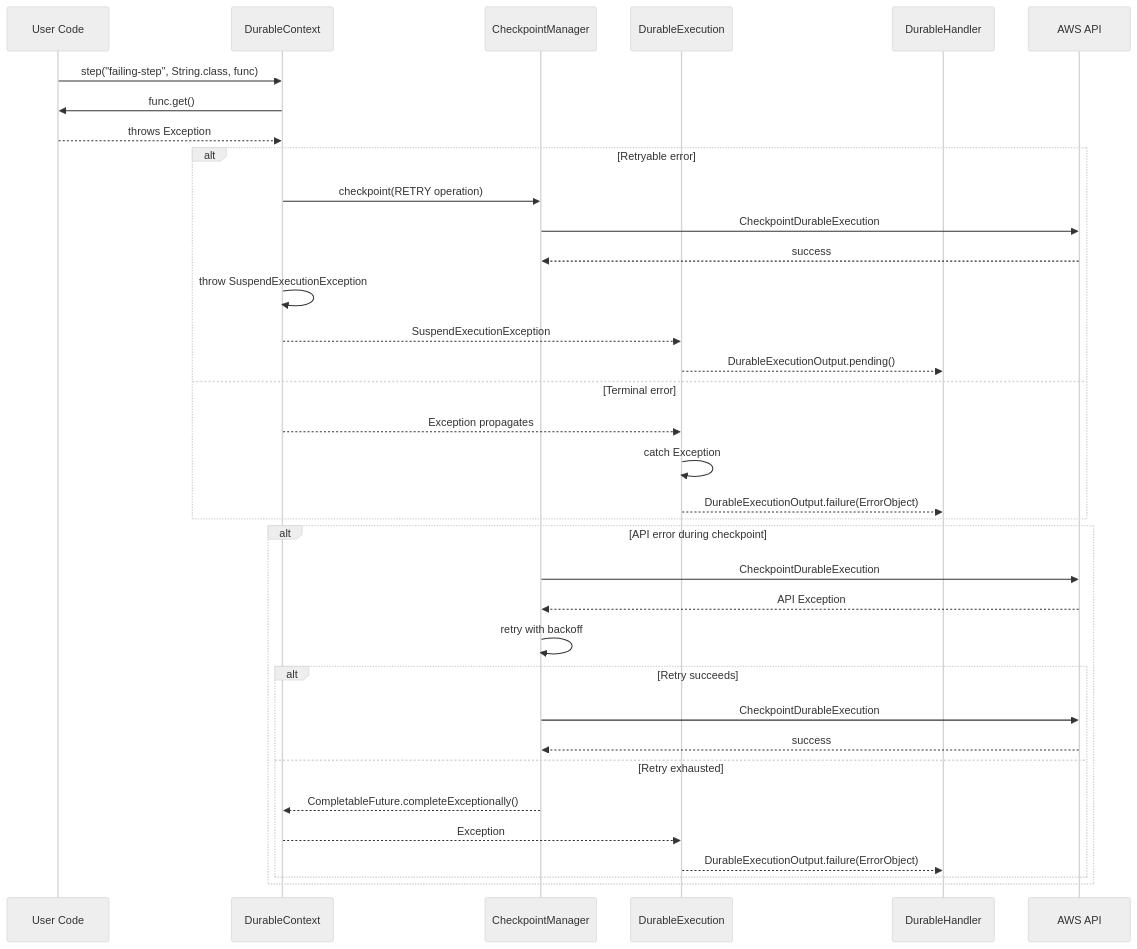
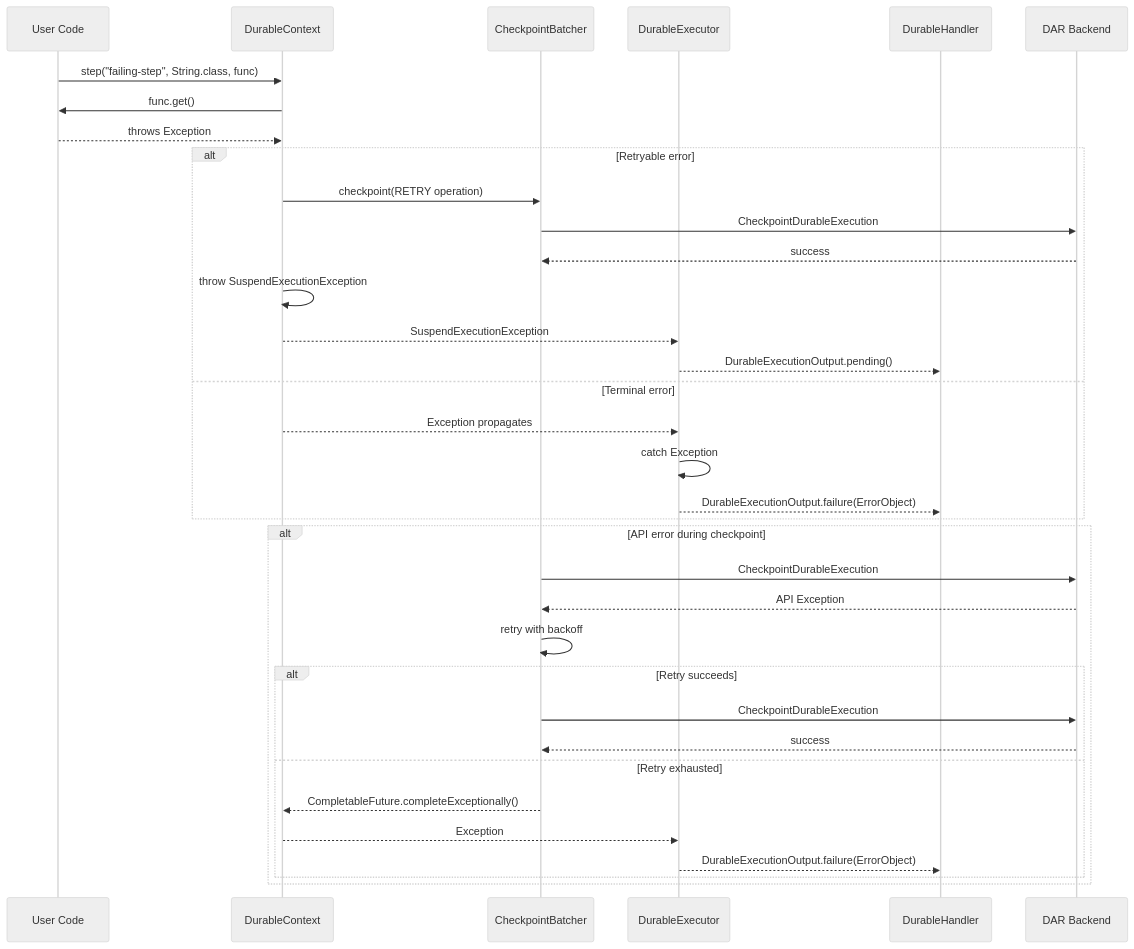
Before and after one commit to aws/aws-durable-execution-sdk-java: the fourth of 4 diagrams in sequence-diagram.md, drawn with Mermaid (neutral theme). The commit also changed other lines of this file and 1 other file, not shown here.

Commit message:
Update design.md and sequence-diagram.md

````diff
--- a/sequence-diagram.md
+++ b/sequence-diagram.md
@@ -144,41 +144,41 @@
 ```mermaid
 sequenceDiagram
     participant UC as User Code
     participant DC as DurableContext
-    participant CM as CheckpointManager
-    participant DE as DurableExecution
+    participant CB as CheckpointBatcher
+    participant DE as DurableExecutor
     participant DH as DurableHandler
-    participant API as AWS API
+    participant DAR as DAR Backend
 
     UC->>DC: step("failing-step", String.class, func)
     DC->>UC: func.get()
     UC-->>DC: throws Exception
     
     alt Retryable error
-        DC->>CM: checkpoint(RETRY operation)
-        CM->>API: CheckpointDurableExecution
-        API-->>CM: success
+        DC->>CB: checkpoint(RETRY operation)
+        CB->>DAR: CheckpointDurableExecution
+        DAR-->>CB: success
         DC->>DC: throw SuspendExecutionException
         DC-->>DE: SuspendExecutionException
         DE-->>DH: DurableExecutionOutput.pending()
     else Terminal error
         DC-->>DE: Exception propagates
         DE->>DE: catch Exception
         DE-->>DH: DurableExecutionOutput.failure(ErrorObject)
     end
     
     alt API error during checkpoint
-        CM->>API: CheckpointDurableExecution
-        API-->>CM: API Exception
-        CM->>CM: retry with backoff
+        CB->>DAR: CheckpointDurableExecution
+        DAR-->>CB: API Exception
+        CB->>CB: retry with backoff
         
         alt Retry succeeds
-            CM->>API: CheckpointDurableExecution
-            API-->>CM: success
+            CB->>DAR: CheckpointDurableExecution
+            DAR-->>CB: success
         else Retry exhausted
-            CM-->>DC: CompletableFuture.completeExceptionally()
+            CB-->>DC: CompletableFuture.completeExceptionally()
             DC-->>DE: Exception
             DE-->>DH: DurableExecutionOutput.failure(ErrorObject)
         end
     end
 ```
````
